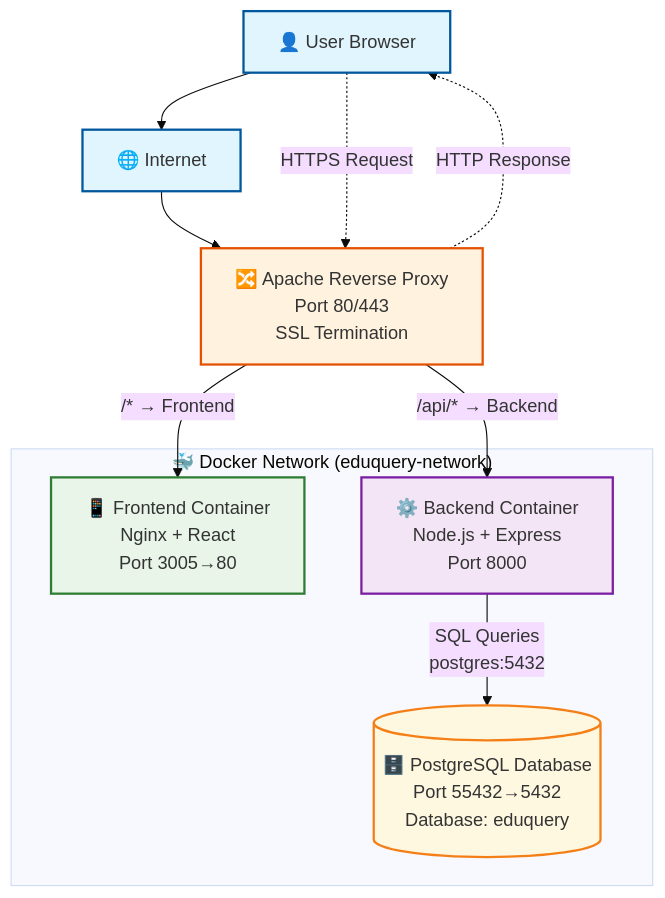
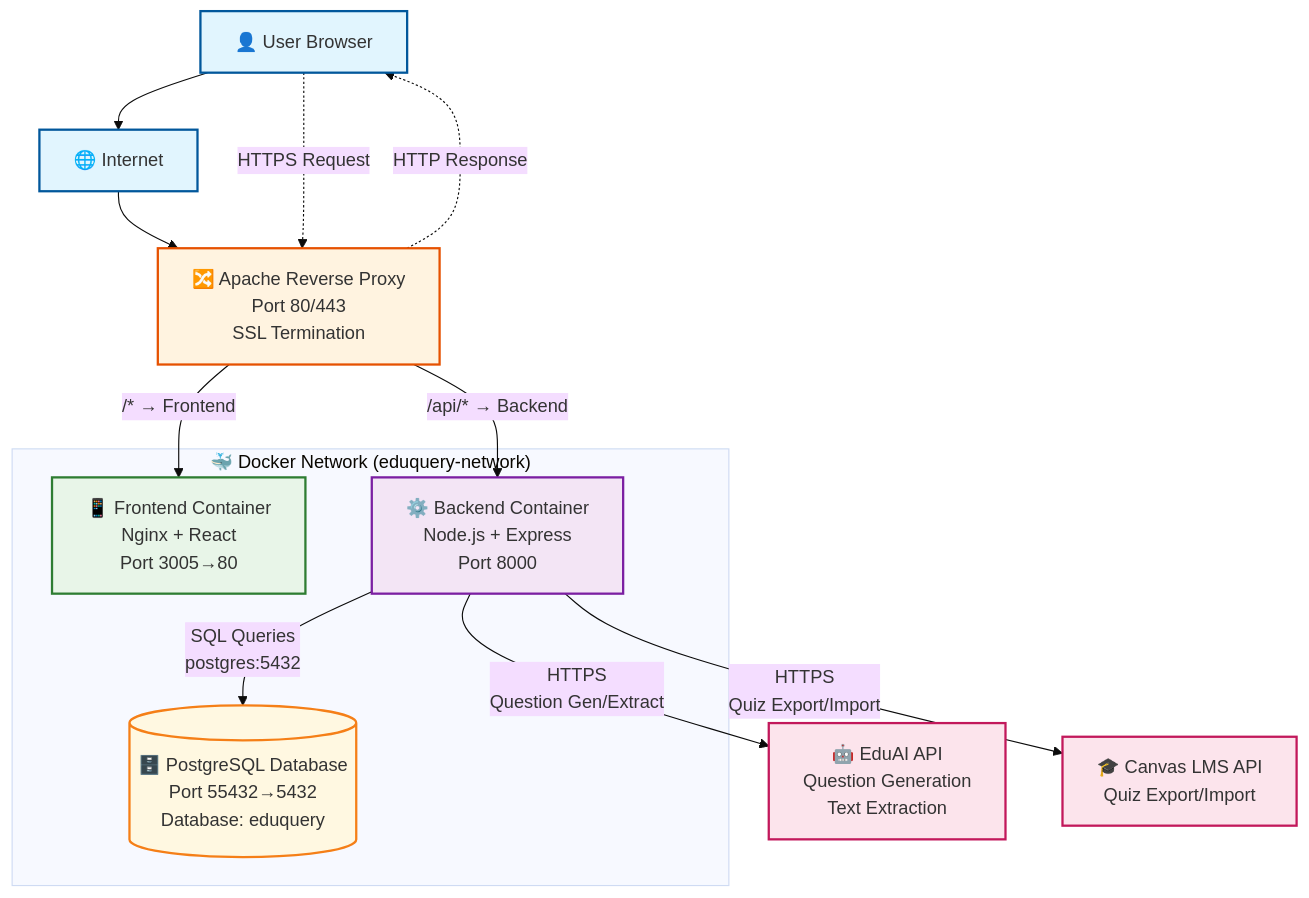
The first of 2 diagrams in docs/ARCHITECTURE.md (EduAI-Lab/Question-Maker), drawn with Mermaid (base theme) before and after one commit. The commit also changed other lines of this file and 2 other files, not shown here.

Commit message:
Enhance architecture documentation with detailed external service integrations for EduAI and Canvas LMS APIs. Update diagrams to reflect new architecture version and include external API call flows.

````diff
--- a/docs/ARCHITECTURE.md
+++ b/docs/ARCHITECTURE.md
@@ -314,49 +395,59 @@
 ```mermaid
 graph TB
     %% External Layer
     User[👤 User Browser]
     Internet[🌐 Internet]
     
     %% Apache Reverse Proxy
     Apache[🔀 Apache Reverse Proxy<br/>Port 80/443<br/>SSL Termination]
     
     %% Docker Network
     subgraph Docker["🐳 Docker Network (eduquery-network)"]
         %% Frontend Container
         Frontend[📱 Frontend Container<br/>Nginx + React<br/>Port 3005→80]
         
         %% Backend Container
         Backend[⚙️ Backend Container<br/>Node.js + Express<br/>Port 8000]
         
         %% Database Container
         Database[(🗄️ PostgreSQL Database<br/>Port 55432→5432<br/>Database: eduquery)]
     end
     
+    %% External Services
+    EduAI[🤖 EduAI API<br/>Question Generation<br/>Text Extraction]
+    Canvas[🎓 Canvas LMS API<br/>Quiz Export/Import]
+    
     %% Request Flow
     User --> Internet
     Internet --> Apache
     
     %% Apache Routing
     Apache -->|"/api/* → Backend"| Backend
     Apache -->|"/* → Frontend"| Frontend
     
     %% Internal Communication
     Backend -->|"SQL Queries<br/>postgres:5432"| Database
     
+    %% External API Calls
+    Backend -->|"HTTPS<br/>Question Gen/Extract"| EduAI
+    Backend -->|"HTTPS<br/>Quiz Export/Import"| Canvas
+    
     %% Data Flow Labels
     User -.->|"HTTPS Request"| Apache
     Apache -.->|"HTTP Response"| User
     
     %% Styling
     classDef external fill:#e1f5fe,stroke:#01579b,stroke-width:2px
     classDef proxy fill:#fff3e0,stroke:#e65100,stroke-width:2px
     classDef frontend fill:#e8f5e8,stroke:#2e7d32,stroke-width:2px
     classDef backend fill:#f3e5f5,stroke:#7b1fa2,stroke-width:2px
     classDef database fill:#fff8e1,stroke:#f57f17,stroke-width:2px
+    classDef extapi fill:#fce4ec,stroke:#c2185b,stroke-width:2px
     
     class User,Internet external
     class Apache proxy
     class Frontend frontend
     class Backend backend
     class Database database
+    class EduAI,Canvas extapi
 ```
````
